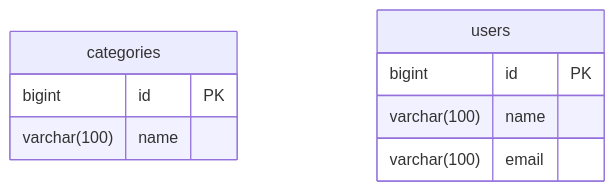
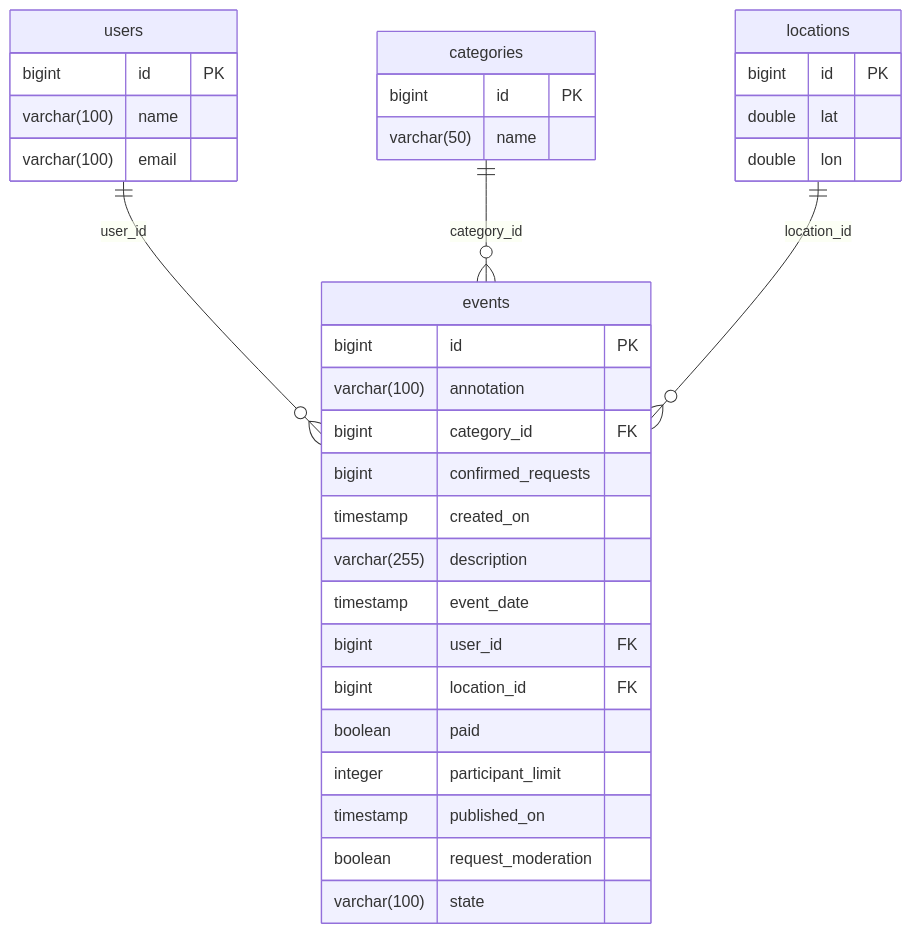
The first of 2 diagrams in README.md (kpak292/java-explore-with-me-plus), drawn with Mermaid before and after one commit. The commit also changed 18 other files, not shown here.

Commit message:
1) added Locations and Events

````diff
--- a/README.md
+++ b/README.md
@@ -7,13 +7,40 @@
 ```mermaid
 erDiagram
     categories {
         bigint id PK
-        varchar(100) name
+        varchar(50) name
     }
 
     users {
         bigint id PK
         varchar(100) name
         varchar(100) email
     }
+
+    locations {
+        bigint id PK
+        double lat
+        double lon
+    }
+
+    events {
+        bigint id PK
+        varchar(100) annotation
+        bigint category_id FK
+        bigint confirmed_requests
+        timestamp created_on
+        varchar(255) description
+        timestamp event_date
+        bigint user_id FK
+        bigint location_id FK
+        boolean paid
+        integer participant_limit
+        timestamp published_on
+        boolean request_moderation
+        varchar(100) state
+    }
+
+    users ||--o{ events: user_id
+    categories ||--o{ events: category_id
+    locations ||--o{ events: location_id
 ```
````
